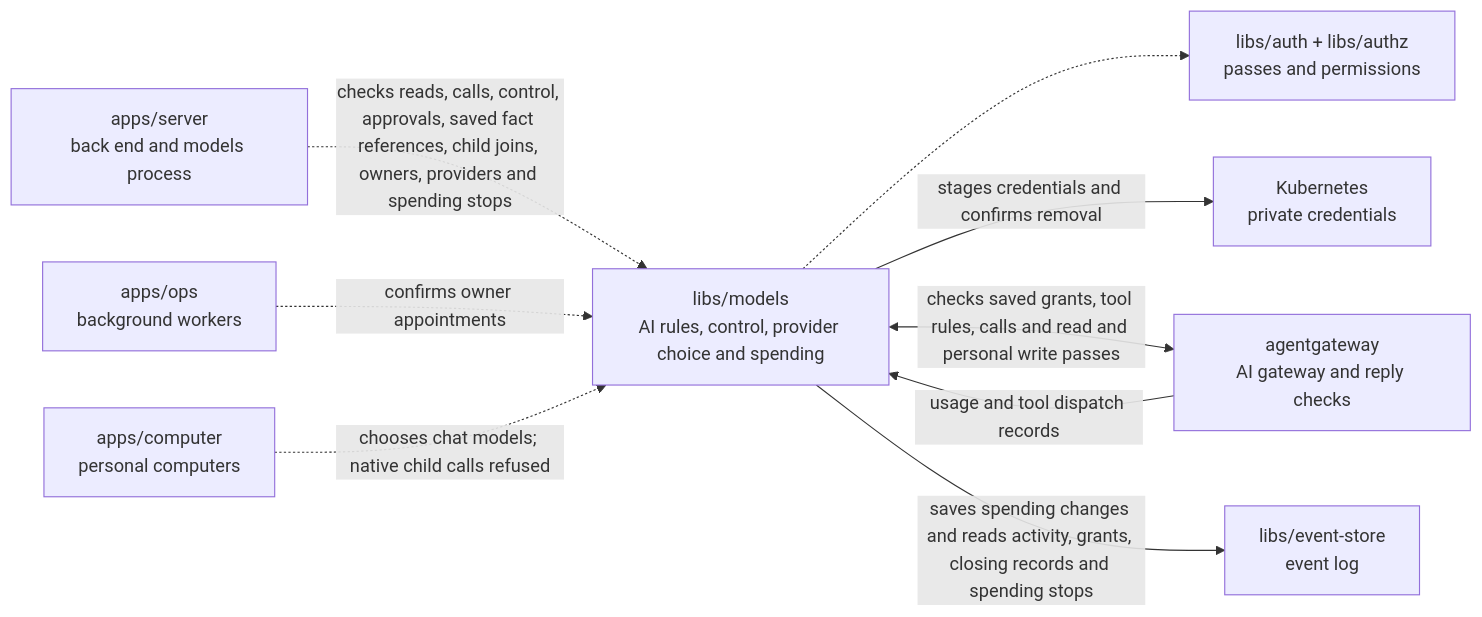
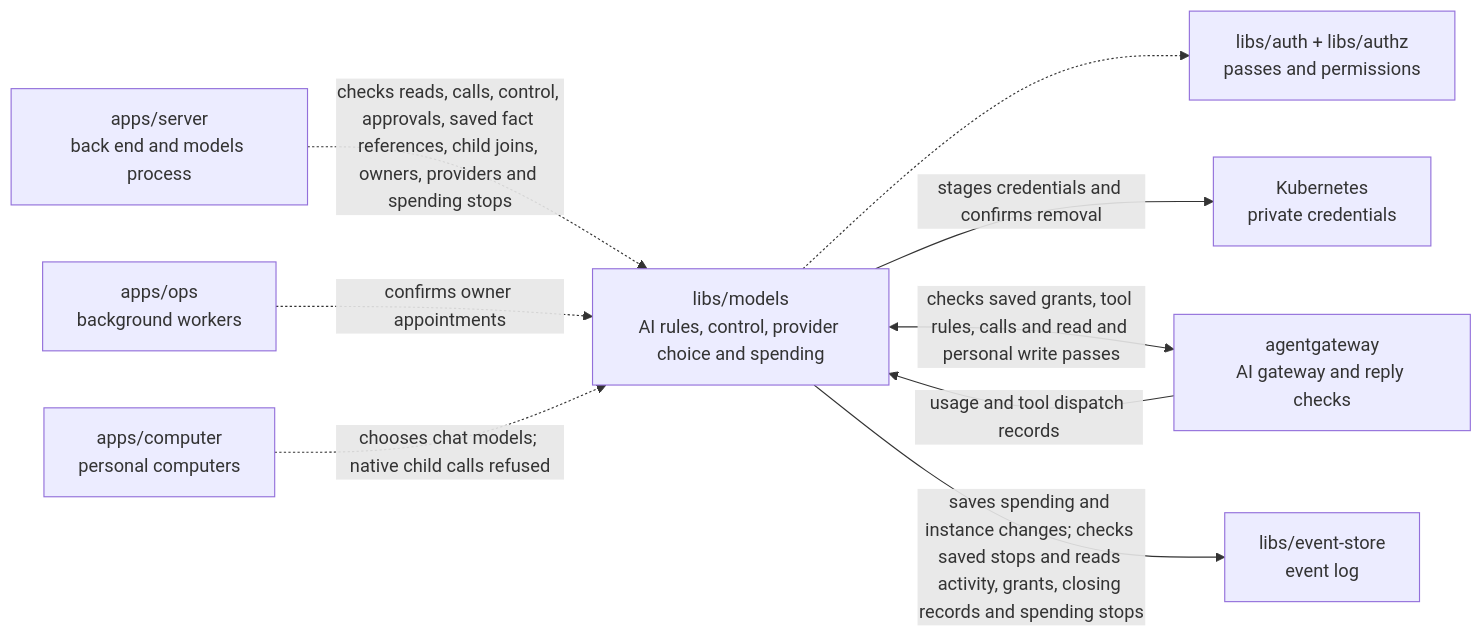
One commit to elewa-git/opencrane-new changed the diagram in libs/models/README.md. Above: the diagram before and after it, drawn with Mermaid. The commit also changed other lines of this file and 19 other files, not shown here.

````diff
--- a/libs/models/README.md
+++ b/libs/models/README.md
@@ -14,11 +14,11 @@
 ```mermaid
 flowchart LR
   server["apps/server<br/>back end and models process"] -.->|checks reads, calls, control, approvals, saved fact references, child joins, owners, providers and spending stops| models["libs/models<br/>AI rules, control, provider choice and spending"]
   ops["apps/ops<br/>background workers"] -.->|confirms owner appointments| models
   computer["apps/computer<br/>personal computers"] -.->|chooses chat models; native child calls refused| models
   models -.-> auth["libs/auth + libs/authz<br/>passes and permissions"]
   models -->|stages credentials and confirms removal| custody["Kubernetes<br/>private credentials"]
   models <-->|checks saved grants, tool rules, calls and read and personal write passes| gateway["agentgateway<br/>AI gateway and reply checks"]
   gateway -->|usage and tool dispatch records| models
-  models -->|saves spending changes and reads activity, grants, closing records and spending stops| store["libs/event-store<br/>event log"]
+  models -->|saves spending and instance changes; checks saved stops and reads activity, grants, closing records and spending stops| store["libs/event-store<br/>event log"]
 ```
````
